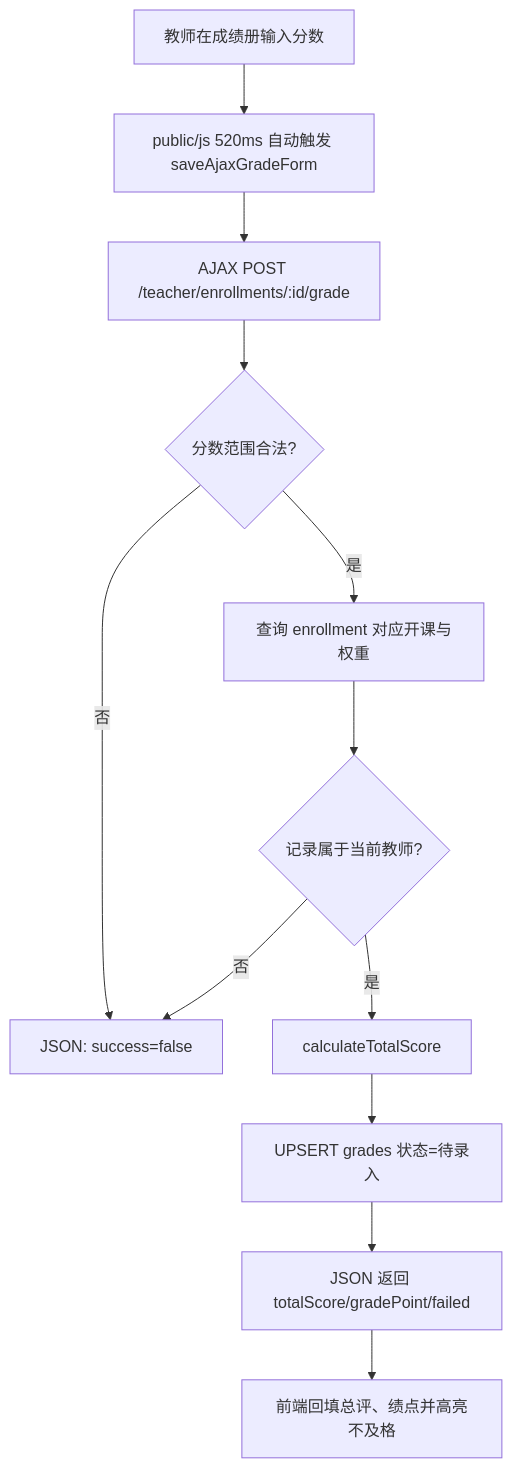
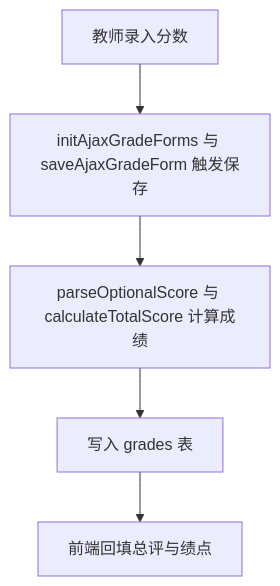
One commit to llkww/jiaoxue changed diagram 14 of 29 in docs/系统设计说明.md. Above: the diagram before and after it, drawn with Mermaid. The commit also changed other lines of this file and 1 other file, not shown here.

````diff
--- a/docs/系统设计说明.md
+++ b/docs/系统设计说明.md
@@ -826,14 +808,7 @@
 ```mermaid
 flowchart TD
-  A[教师在成绩册输入分数] --> B[public/js 520ms 自动触发 saveAjaxGradeForm]
-  B --> C[AJAX POST /teacher/enrollments/:id/grade]
-  C --> D{分数范围合法?}
-  D -- 否 --> E[JSON: success=false]
-  D -- 是 --> F[查询 enrollment 对应开课与权重]
-  F --> G{记录属于当前教师?}
-  G -- 否 --> E
-  G -- 是 --> H[calculateTotalScore]
-  H --> I[UPSERT grades 状态=待录入]
-  I --> J[JSON 返回 totalScore/gradePoint/failed]
-  J --> K[前端回填总评、绩点并高亮不及格]
+  A[教师录入分数] --> B[initAjaxGradeForms 与 saveAjaxGradeForm 触发保存]
+  B --> C[parseOptionalScore 与 calculateTotalScore 计算成绩]
+  C --> D[写入 grades 表]
+  D --> E[前端回填总评与绩点]
 ```
````
